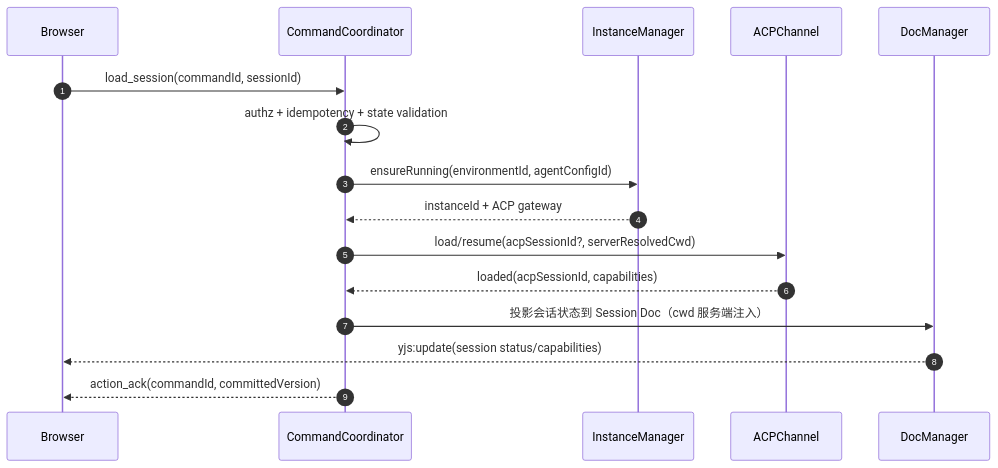
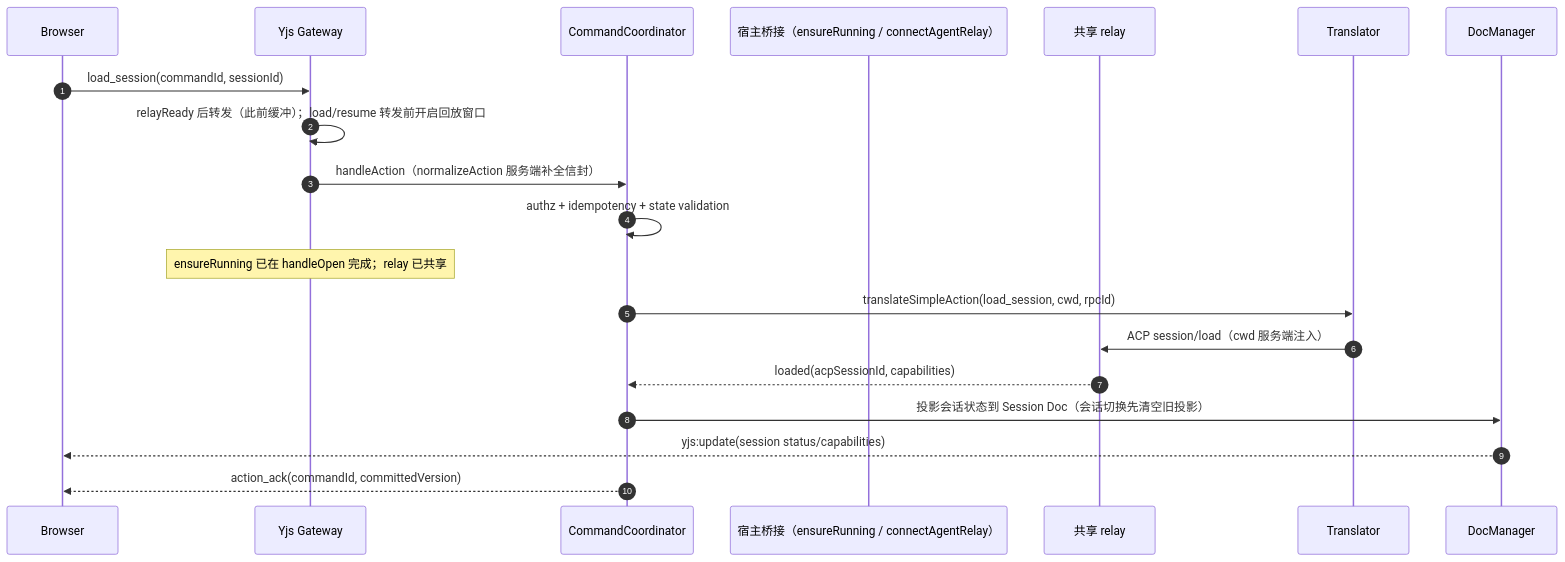
Before and after one commit to HuangPuStar/FenixAgent: the fourth of 10 diagrams in docs/arch/19-yjs-chat-streaming.md, drawn with Mermaid. The commit also changed other lines of this file and 2 other files, not shown here.

````diff
--- a/docs/arch/19-yjs-chat-streaming.md
+++ b/docs/arch/19-yjs-chat-streaming.md
@@ -251,19 +266,23 @@
 ```mermaid
 sequenceDiagram
     autonumber
     participant B as Browser
+    participant GW as Yjs Gateway
     participant CC as CommandCoordinator
-    participant IM as InstanceManager
-    participant ACP as ACPChannel
+    participant IB as 宿主桥接（ensureRunning / connectAgentRelay）
+    participant RL as 共享 relay
+    participant TR as Translator
     participant DM as DocManager
 
-    B->>CC: load_session(commandId, sessionId)
+    B->>GW: load_session(commandId, sessionId)
+    GW->>GW: relayReady 后转发（此前缓冲）；load/resume 转发前开启回放窗口
+    GW->>CC: handleAction（normalizeAction 服务端补全信封）
     CC->>CC: authz + idempotency + state validation
-    CC->>IM: ensureRunning(environmentId, agentConfigId)
-    IM-->>CC: instanceId + ACP gateway
-    CC->>ACP: load/resume(acpSessionId?, serverResolvedCwd)
-    ACP-->>CC: loaded(acpSessionId, capabilities)
-    CC->>DM: 投影会话状态到 Session Doc（cwd 服务端注入）
+    Note over GW: ensureRunning 已在 handleOpen 完成；relay 已共享
+    CC->>TR: translateSimpleAction(load_session, cwd, rpcId)
+    TR->>RL: ACP session/load（cwd 服务端注入）
+    RL-->>CC: loaded(acpSessionId, capabilities)
+    CC->>DM: 投影会话状态到 Session Doc（会话切换先清空旧投影）
     DM-->>B: yjs:update(session status/capabilities)
     CC-->>B: action_ack(commandId, committedVersion)
 ```
````
